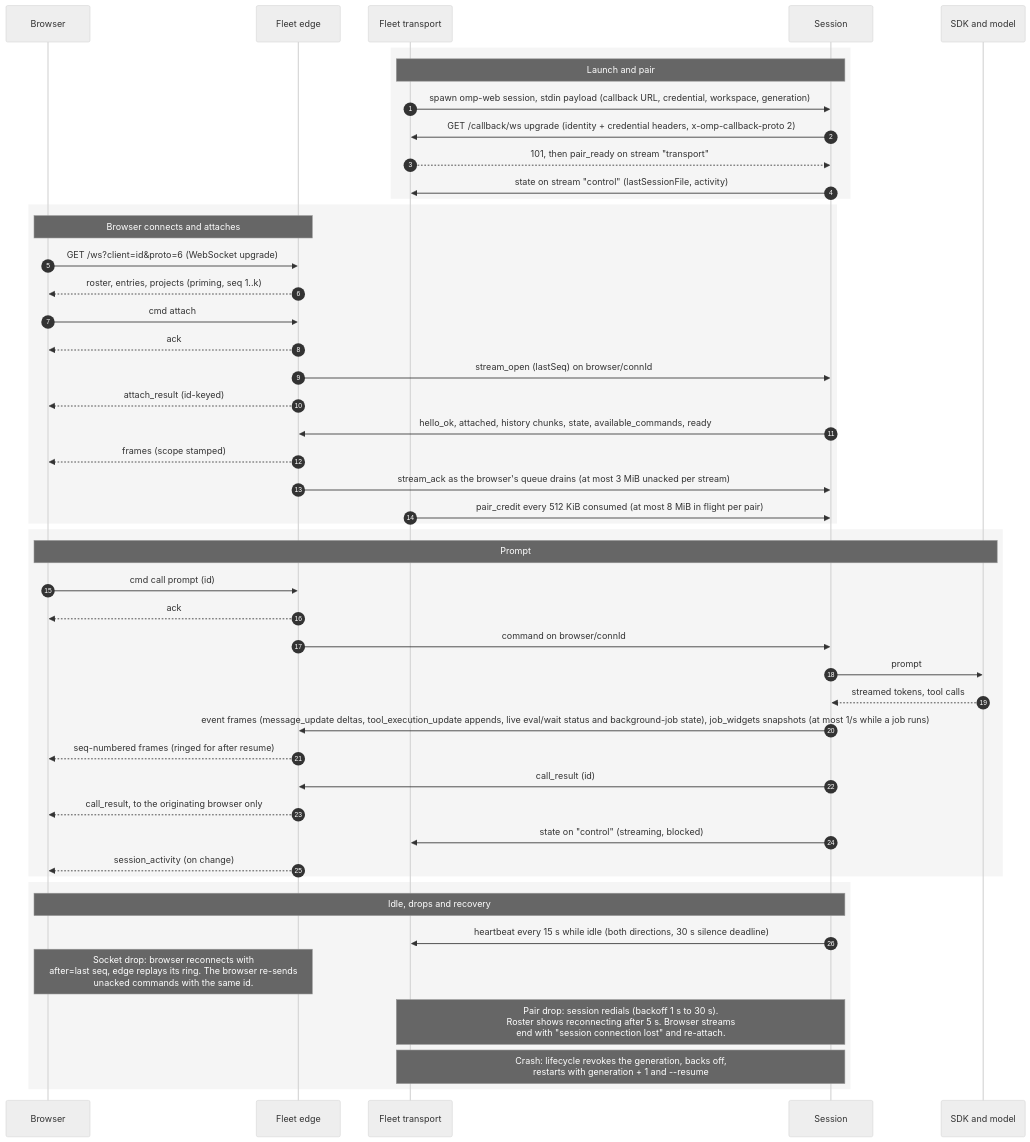
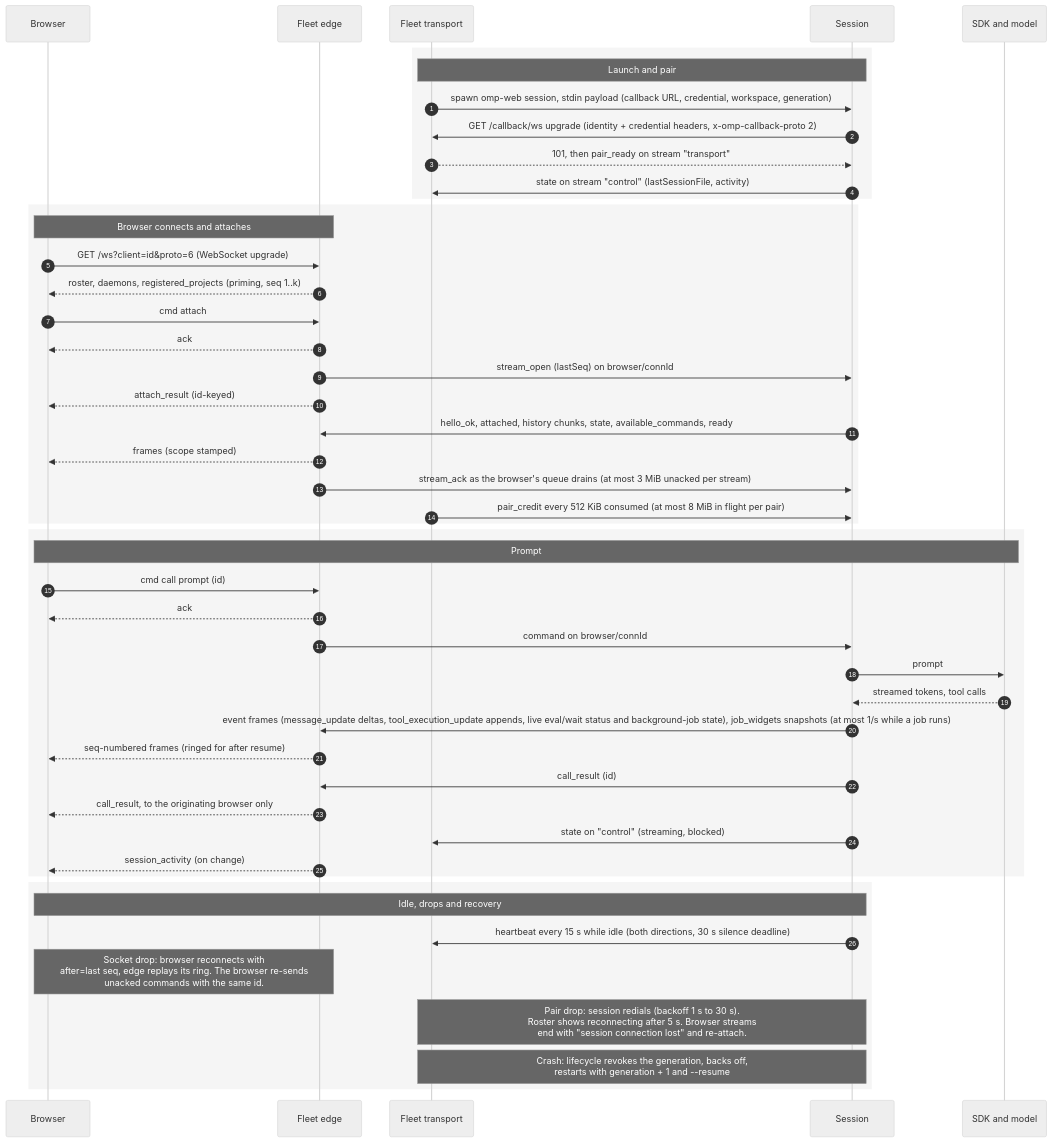
Before and after one commit to nibblebot/omp-web: the second of 2 diagrams in docs/architecture.md, drawn with Mermaid (neutral theme). The commit also changed 51 other files, not shown here.

````diff
--- a/docs/architecture.md
+++ b/docs/architecture.md
@@ -64,54 +64,54 @@
 ```mermaid
 sequenceDiagram
   autonumber
   participant B as Browser
   participant E as Fleet edge
   participant T as Fleet transport
   participant S as Session
   participant M as SDK and model
 
   rect rgba(128,128,128,0.08)
   Note over T,S: Launch and pair
   T->>S: spawn omp-web session, stdin payload (callback URL, credential, workspace, generation)
   S->>T: GET /callback/ws upgrade (identity + credential headers, x-omp-callback-proto 2)
   T-->>S: 101, then pair_ready on stream "transport"
   S->>T: state on stream "control" (lastSessionFile, activity)
   end
 
   rect rgba(128,128,128,0.08)
   Note over B,E: Browser connects and attaches
   B->>E: GET /ws?client=id&proto=6 (WebSocket upgrade)
-  E-->>B: roster, entries, projects (priming, seq 1..k)
+  E-->>B: roster, daemons, registered_projects (priming, seq 1..k)
   B->>E: cmd attach
   E-->>B: ack
   E->>S: stream_open (lastSeq) on browser/connId
   E-->>B: attach_result (id-keyed)
   S->>E: hello_ok, attached, history chunks, state, available_commands, ready
   E-->>B: frames (scope stamped)
   E->>S: stream_ack as the browser's queue drains (at most 3 MiB unacked per stream)
   T->>S: pair_credit every 512 KiB consumed (at most 8 MiB in flight per pair)
   end
 
   rect rgba(128,128,128,0.08)
   Note over B,M: Prompt
   B->>E: cmd call prompt (id)
   E-->>B: ack
   E->>S: command on browser/connId
   S->>M: prompt
   M-->>S: streamed tokens, tool calls
   S->>E: event frames (message_update deltas, tool_execution_update appends, live eval/wait status and background-job state), job_widgets snapshots (at most 1/s while a job runs)
   E-->>B: seq-numbered frames (ringed for after resume)
   S->>E: call_result (id)
   E-->>B: call_result, to the originating browser only
   S->>T: state on "control" (streaming, blocked)
   E-->>B: session_activity (on change)
   end
 
   rect rgba(128,128,128,0.08)
   Note over B,S: Idle, drops and recovery
   S->>T: heartbeat every 15 s while idle (both directions, 30 s silence deadline)
   Note over B,E: Socket drop: browser reconnects with<br/>after=last seq, edge replays its ring. The browser re-sends<br/>unacked commands with the same id.
   Note over T,S: Pair drop: session redials (backoff 1 s to 30 s).<br/>Roster shows reconnecting after 5 s. Browser streams<br/>end with "session connection lost" and re-attach.
   Note over T,S: Crash: lifecycle revokes the generation, backs off,<br/>restarts with generation + 1 and --resume
   end
 ```
````
